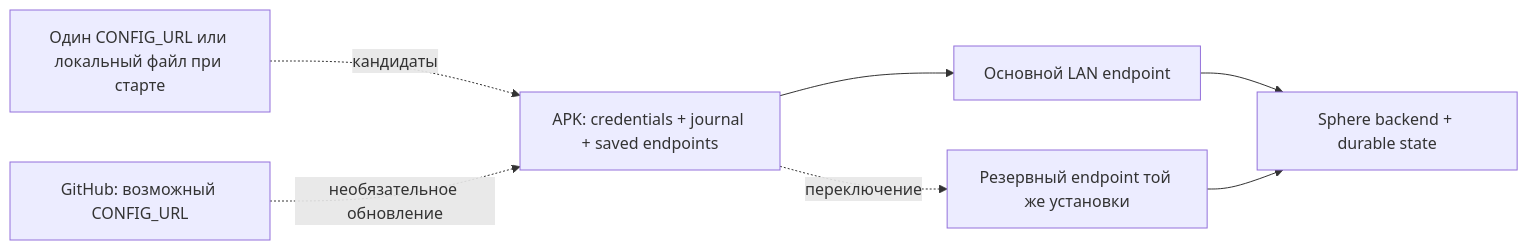
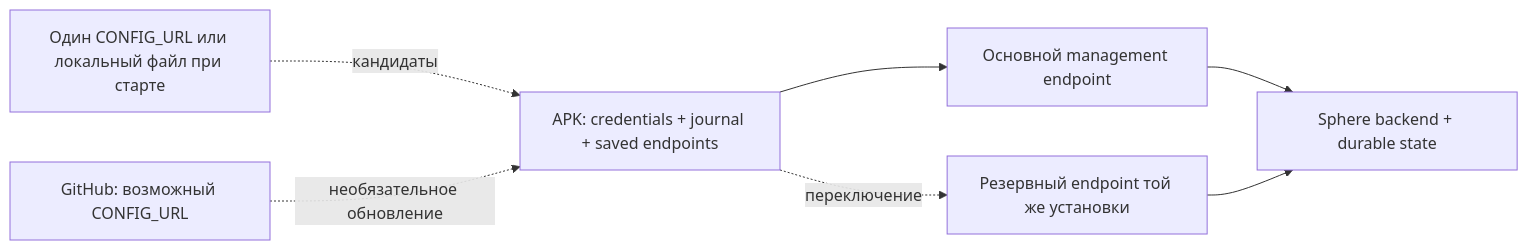
One commit to RootOne1337/sphere-platform changed the diagram in docs/operations/READINESS.md. Above: the diagram before and after it, drawn with Mermaid. The commit also changed other lines of this file and 4 other files, not shown here.

````diff
--- a/docs/operations/READINESS.md
+++ b/docs/operations/READINESS.md
@@ -106,9 +108,9 @@
 ```mermaid
 flowchart LR
-    A[APK: credentials + journal + saved endpoints] --> L[Основной LAN endpoint]
+    A[APK: credentials + journal + saved endpoints] --> L[Основной management endpoint]
     A -. переключение .-> R[Резервный endpoint той же установки]
     C[Один CONFIG_URL или локальный файл при старте] -. кандидаты .-> A
     G[GitHub: возможный CONFIG_URL] -. необязательное обновление .-> A
     L --> S[Sphere backend + durable state]
     R --> S
 ```
````
